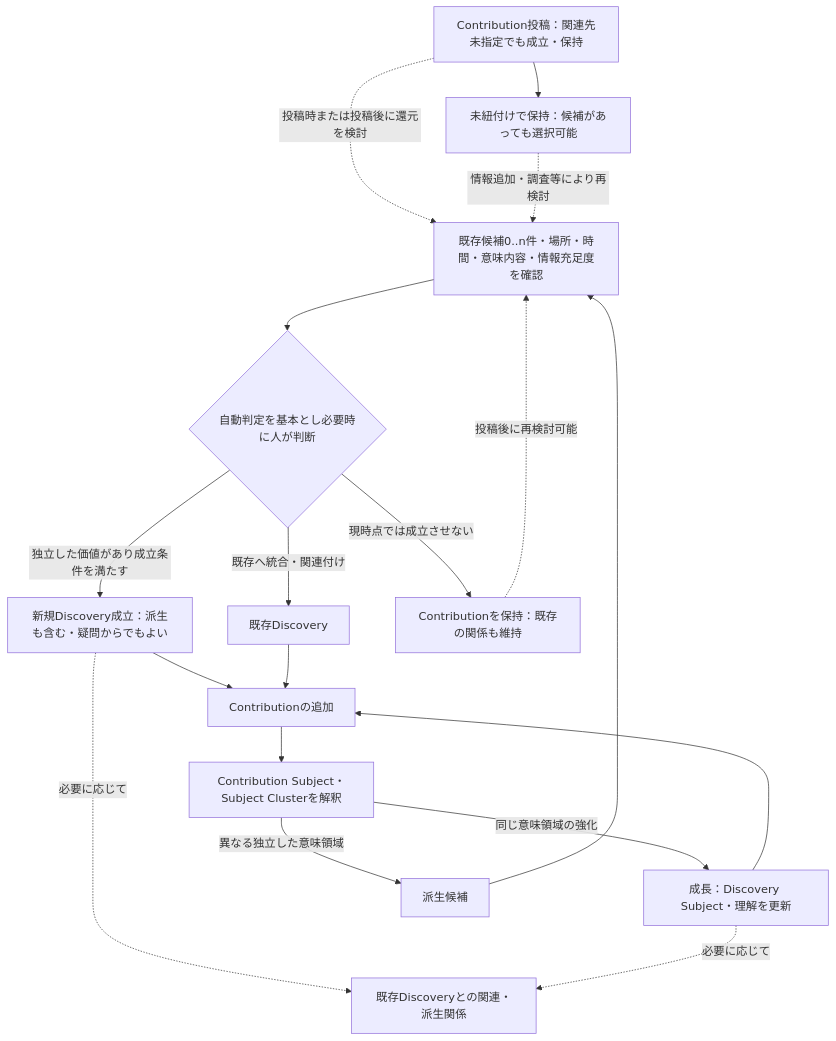
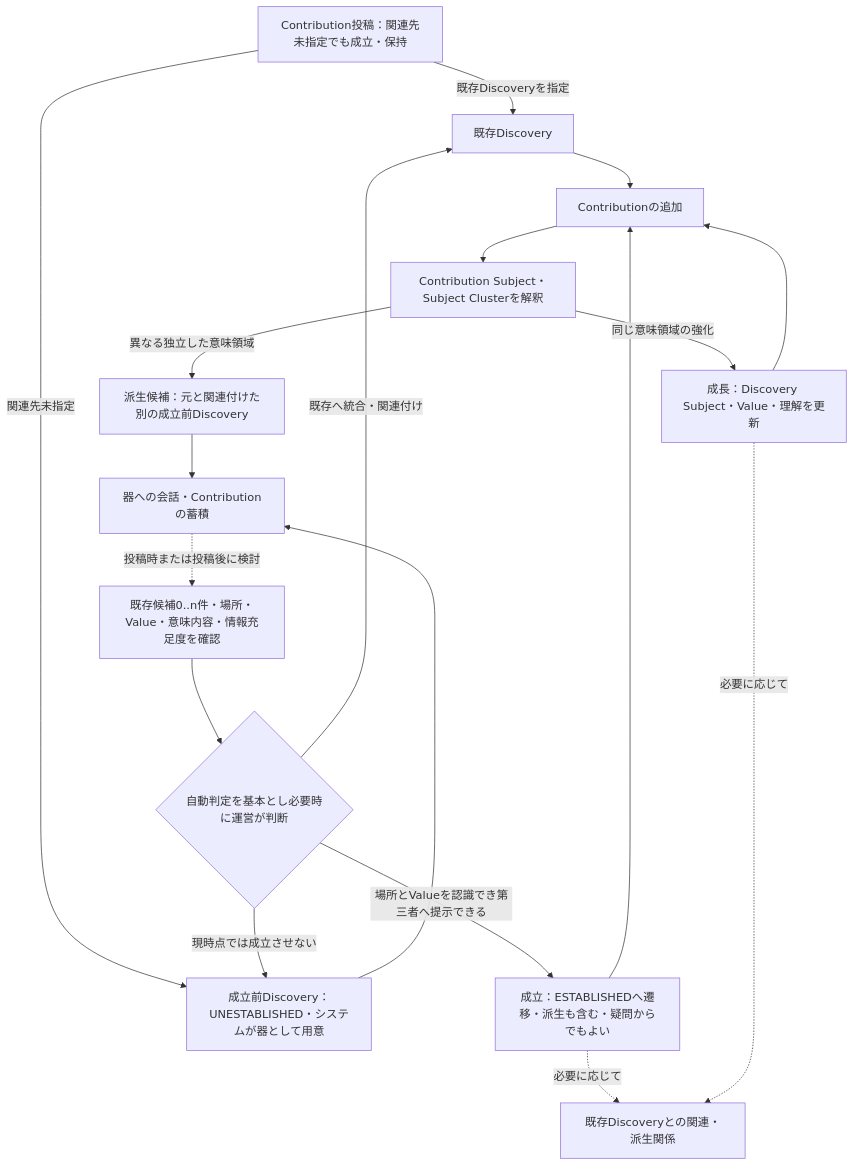
The second of 6 diagrams in docs/ex-day_domain_model.md (ex-day/platform), drawn with Mermaid before and after one commit. The commit also changed other lines of this file and 6 other files, not shown here.

````diff
--- a/docs/ex-day_domain_model.md
+++ b/docs/ex-day_domain_model.md
@@ -232,21 +251,21 @@
 ```mermaid
 flowchart TD
     I["Contribution投稿：関連先未指定でも成立・保持"]
-    I --> P["未紐付けで保持：候補があっても選択可能"]
-    I -.->|投稿時または投稿後に還元を検討| R["既存候補0..n件・場所・時間・意味内容・情報充足度を確認"]
-    P -.->|情報追加・調査等により再検討| R
-    R --> H{"自動判定を基本とし必要時に人が判断"}
-    H -->|既存へ統合・関連付け| D["既存Discovery"]
-    H -->|独立した価値があり成立条件を満たす| N["新規Discovery成立：派生も含む・疑問からでもよい"]
-    H -->|現時点では成立させない| K["Contributionを保持：既存の関係も維持"]
-    K -.->|投稿後に再検討可能| R
+    I -->|既存Discoveryを指定| D["既存Discovery"]
+    I -->|関連先未指定| U["成立前Discovery：UNESTABLISHED・システムが器として用意"]
+    U --> UC["器への会話・Contributionの蓄積"]
+    UC -.->|投稿時または投稿後に検討| R["既存候補0..n件・場所・Value・意味内容・情報充足度を確認"]
+    R --> H{"自動判定を基本とし必要時に運営が判断"}
+    H -->|既存へ統合・関連付け| D
+    H -->|場所とValueを認識でき第三者へ提示できる| N["成立：ESTABLISHEDへ遷移・派生も含む・疑問からでもよい"]
+    H -->|現時点では成立させない| U
     N --> C["Contributionの追加"]
     D --> C
     C --> S["Contribution Subject・Subject Clusterを解釈"]
-    S -->|同じ意味領域の強化| G["成長：Discovery Subject・理解を更新"]
+    S -->|同じ意味領域の強化| G["成長：Discovery Subject・Value・理解を更新"]
     G --> C
-    S -->|異なる独立した意味領域| B["派生候補"]
-    B --> R
+    S -->|異なる独立した意味領域| B["派生候補：元と関連付けた別の成立前Discovery"]
+    B --> UC
     N -.->|必要に応じて| L["既存Discoveryとの関連・派生関係"]
     G -.->|必要に応じて| L
 ```
````
